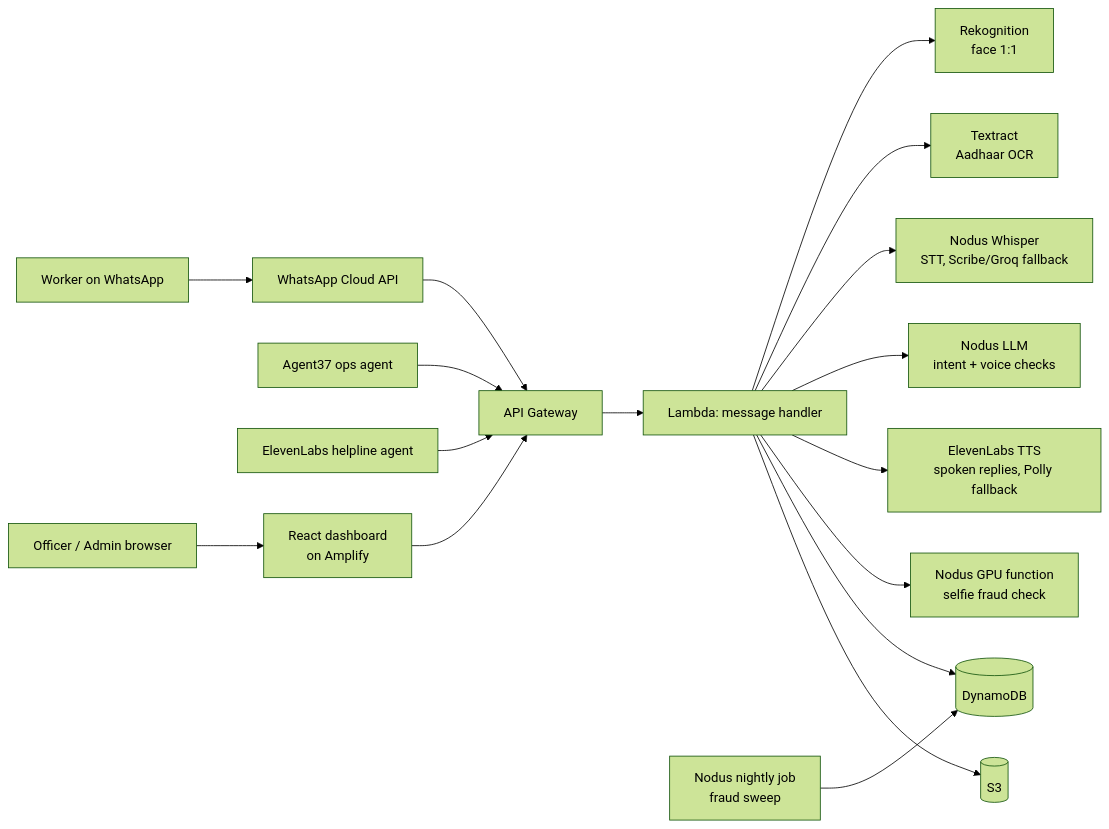
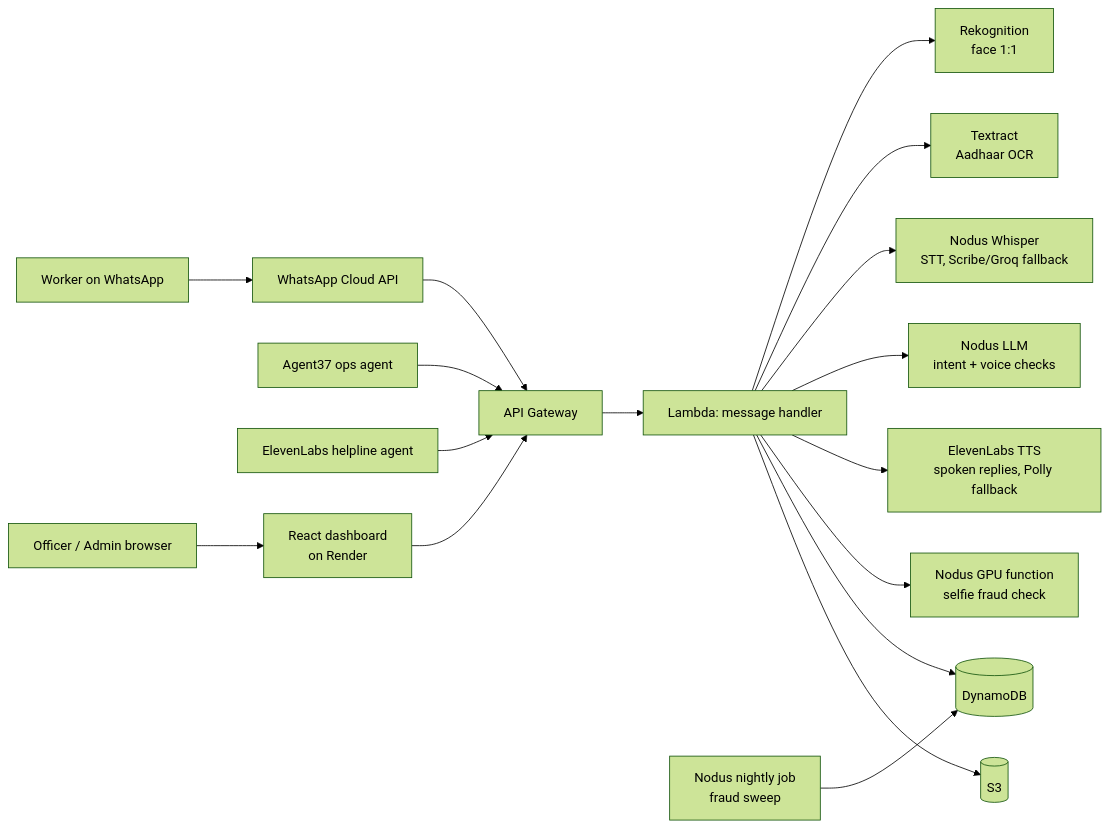
The diagram in README.md (LowkeyShehz/Hackyard-Strawhats), drawn with Mermaid (forest theme) before and after one commit. The commit also changed other lines of this file and 6 other files, not shown here.

````diff
--- a/README.md
+++ b/README.md
@@ -39,21 +39,21 @@
 ```mermaid
 flowchart LR
     W[Worker on WhatsApp] --> M[WhatsApp Cloud API]
     M --> G[API Gateway]
     G --> H[Lambda: message handler]
     H --> R[Rekognition<br/>face 1:1]
     H --> T[Textract<br/>Aadhaar OCR]
     H --> S[Nodus Whisper<br/>STT, Scribe/Groq fallback]
     H --> L[Nodus LLM<br/>intent + voice checks]
     H --> P[ElevenLabs TTS<br/>spoken replies, Polly fallback]
     H --> F[Nodus GPU function<br/>selfie fraud check]
     J[Nodus nightly job<br/>fraud sweep] --> D
     AG[Agent37 ops agent] --> G
     EL[ElevenLabs helpline agent] --> G
     H --> D[(DynamoDB)]
     H --> B[(S3)]
-    O[Officer / Admin browser] --> A[React dashboard<br/>on Amplify]
+    O[Officer / Admin browser] --> A[React dashboard<br/>on Render]
     A --> G
 
 
 ```
````
